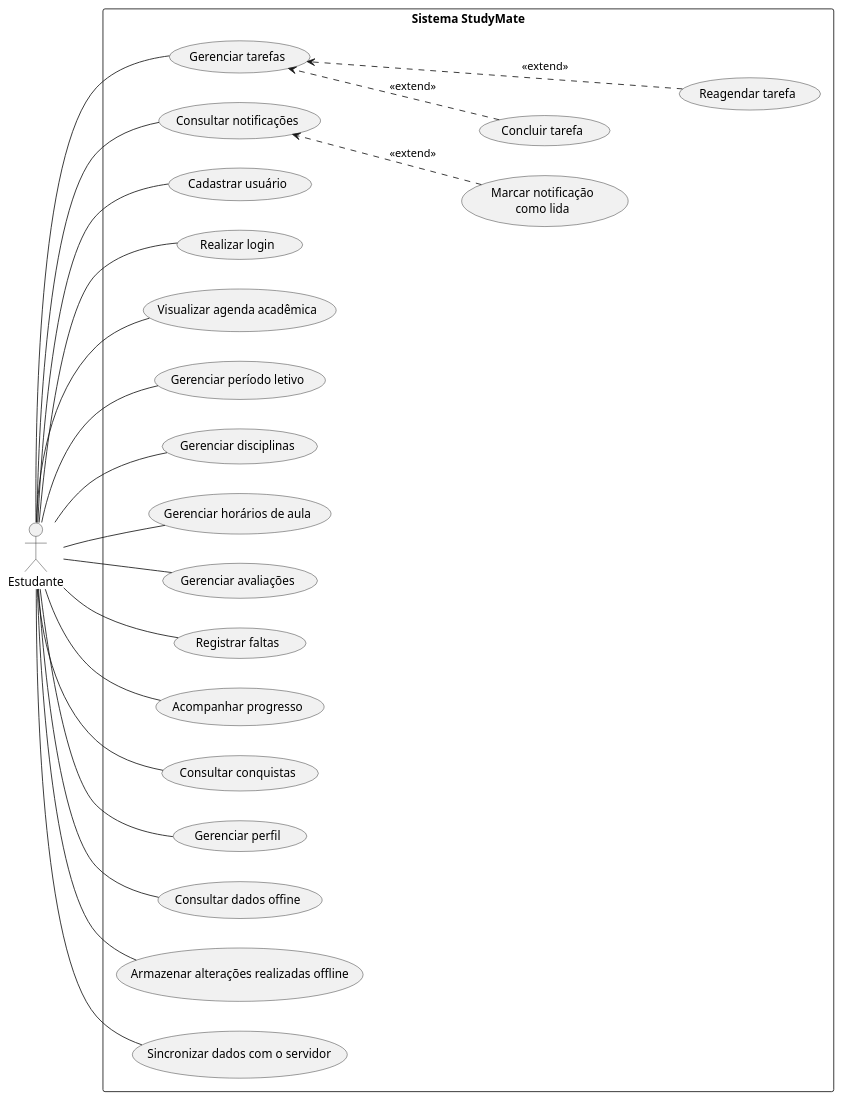
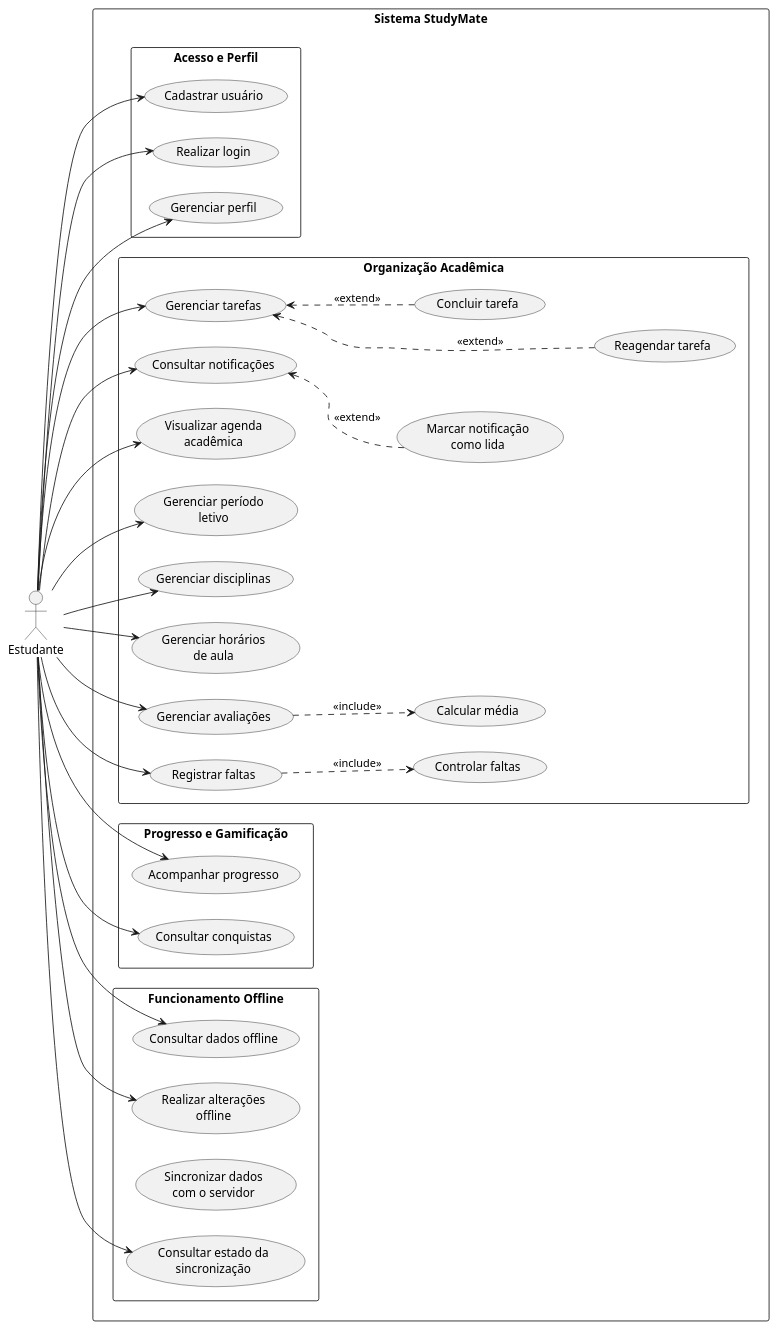
Before and after one commit to StudyMate-TG/studymate-app: the diagram in docs/use_case_diagram.puml, drawn with PlantUML. The commit also changed 4 other files, not shown here.

```diff
--- a/docs/use_case_diagram.puml
+++ b/docs/use_case_diagram.puml
@@ -1,66 +1,79 @@
 @startuml
 
 left to right direction
+
+skinparam linetype spline
+skinparam nodesep 30
+skinparam ranksep 35
+skinparam packageStyle rectangle
 
 actor Estudante
 
 rectangle "Sistema StudyMate" {
 
-    usecase "Cadastrar usuário" as UC01
-    usecase "Realizar login" as UC02
-    usecase "Visualizar agenda acadêmica" as UC03
-    usecase "Gerenciar período letivo" as UC04
-    usecase "Gerenciar disciplinas" as UC05
-    usecase "Gerenciar horários de aula" as UC06
+    rectangle "Acesso e Perfil" {
+        usecase "Cadastrar usuário" as UC01
+        usecase "Realizar login" as UC02
+        usecase "Gerenciar perfil" as UC15
+    }
 
-    usecase "Gerenciar tarefas" as UC07
-    usecase "Concluir tarefa" as UC07A
-    usecase "Reagendar tarefa" as UC07B
+    rectangle "Organização Acadêmica" {
+        usecase "Visualizar agenda\nacadêmica" as UC03
+        usecase "Gerenciar período\nletivo" as UC04
+        usecase "Gerenciar disciplinas" as UC05
+        usecase "Gerenciar horários\nde aula" as UC06
+        
+        usecase "Gerenciar tarefas" as UC07
+        usecase "Concluir tarefa" as UC07A
+        usecase "Reagendar tarefa" as UC07B
+        
+        usecase "Gerenciar avaliações" as UC08
+        usecase "Calcular média" as UC09
+        usecase "Registrar faltas" as UC10
+        usecase "Controlar faltas" as UC11
+        usecase "Consultar notificações" as UC12
+        usecase "Marcar notificação\ncomo lida" as UC12A
+    }
 
-    usecase "Gerenciar avaliações" as UC08
+    rectangle "Progresso e Gamificação" {
+        usecase "Acompanhar progresso" as UC13
+        usecase "Consultar conquistas" as UC14
+    }
 
-    usecase "Registrar faltas" as UC10
-
-    usecase "Consultar notificações" as UC12
-    usecase "Marcar notificação\ncomo lida" as UC12A
-
-    usecase "Acompanhar progresso" as UC13
-    usecase "Consultar conquistas" as UC14
-    usecase "Gerenciar perfil" as UC15
-
-    usecase "Consultar dados offine" as UC16
-    usecase "Armazenar alterações realizadas offline" as UC17
-    usecase "Sincronizar dados com o servidor" as UC18
-
-
-    ' Força os extends para a direita
+    rectangle "Funcionamento Offline" {
+        usecase "Consultar dados offline" as UC16
+        usecase "Realizar alterações\noffline" as UC17
+        usecase "Sincronizar dados\ncom o servidor" as UC18
+        usecase "Consultar estado da\nsincronização" as UC19
+    }
+    
     UC07 -[hidden]right-> UC07A
     UC07A -[hidden]down-> UC07B
-
     UC12 -[hidden]right-> UC12A
 }
 
-Estudante -- UC01
-Estudante -- UC02
-Estudante -- UC03
-Estudante -- UC04
-Estudante -- UC05
-Estudante -- UC06
-Estudante -- UC07
-Estudante -- UC08
-Estudante -- UC10
-Estudante -- UC12
-Estudante -- UC13
-Estudante -- UC14
-Estudante -- UC15
-Estudante -- UC16
-Estudante -- UC17
-Estudante -- UC18
-
+Estudante --> UC01
+Estudante --> UC02
+Estudante --> UC03
+Estudante --> UC04
+Estudante --> UC05
+Estudante --> UC06
+Estudante --> UC07
+Estudante --> UC08
+Estudante --> UC10
+Estudante --> UC12
+Estudante --> UC13
+Estudante --> UC14
+Estudante --> UC15
+Estudante --> UC16
+Estudante --> UC17
+Estudante --> UC19
 
 UC07A ..> UC07 : <<extend>>
 UC07B ..> UC07 : <<extend>>
+UC08 ..> UC09 : <<include>>
+UC10 ..> UC11 : <<include>>
 
 UC12A ..> UC12 : <<extend>>
 
 @enduml
```
